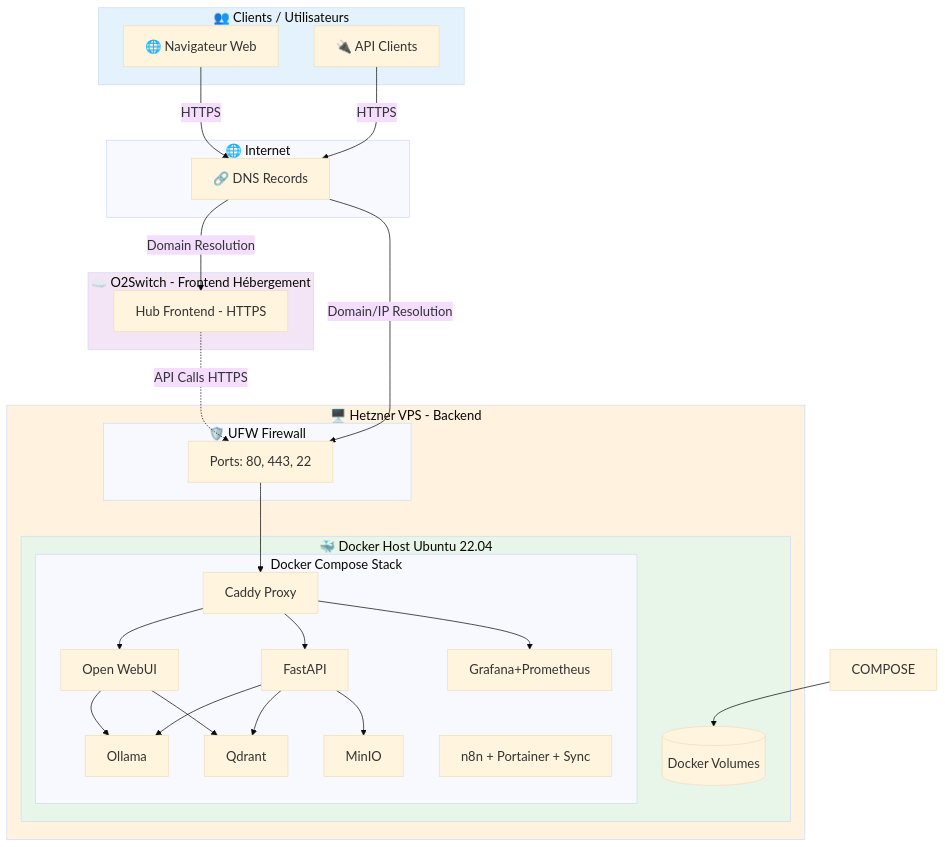
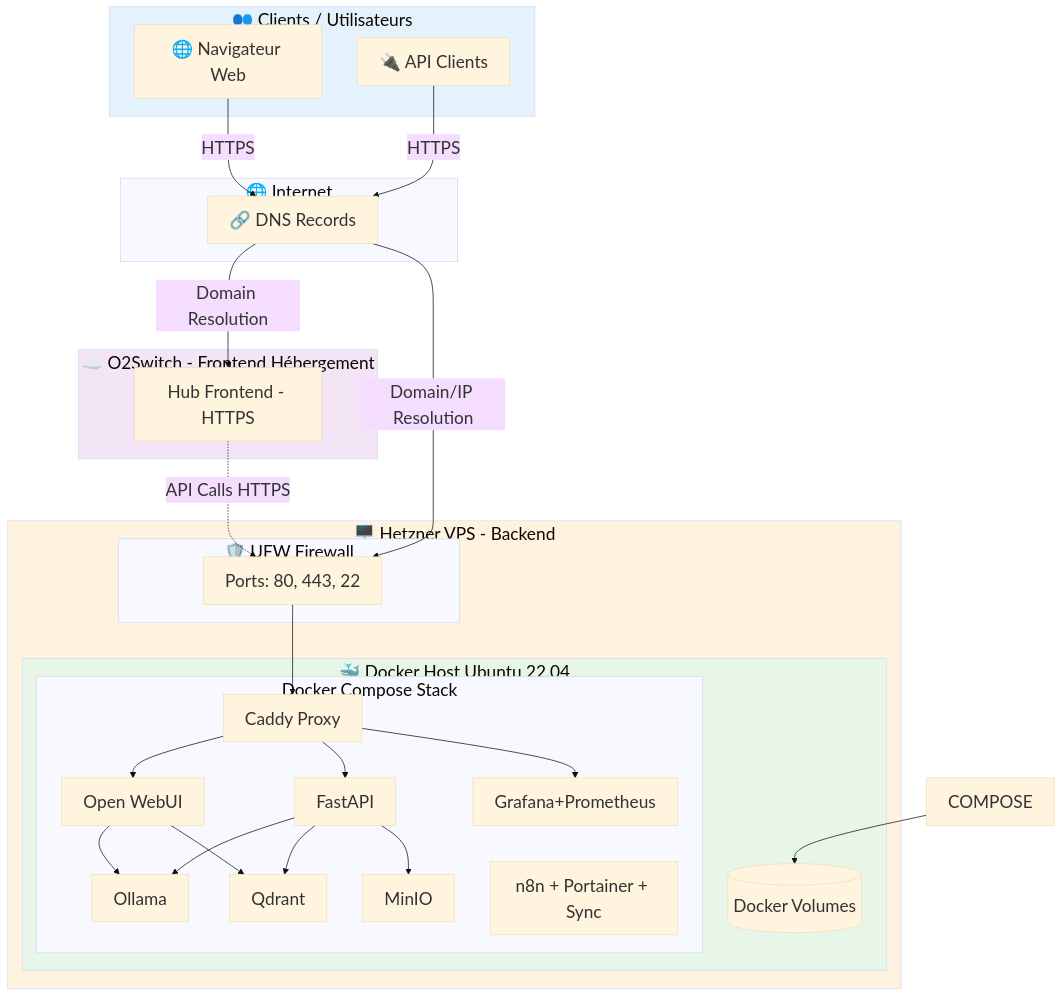
One commit to stepstev/oceanphenix-IA-souveraine-v10_2026_DOCS changed the fifth of 6 diagrams in README.md. Above: the diagram before and after it, drawn with Mermaid. The commit also changed other lines of this file, not shown here.

Commit message:
style: Increase font size to 24px in Mermaid diagrams for better readability

````diff
--- a/README.md
+++ b/README.md
@@ -568,62 +568,62 @@
 ```mermaid
-%%{init: {'theme':'base', 'themeVariables': {'fontSize':'18px', 'fontFamily':'Arial'}}}%%
+%%{init: {'theme':'base', 'themeVariables': {'fontSize':'24px', 'fontFamily':'Arial, sans-serif'}}}%%
 graph TB
     subgraph Client["👥 Clients / Utilisateurs"]
         BROWSER[🌐 Navigateur Web]
         API_CLIENT[🔌 API Clients]
     end
 
     subgraph O2Switch["☁️ O2Switch - Frontend Hébergement"]
         STATIC["Hub Frontend - HTTPS"]
     end
 
     subgraph Internet["🌐 Internet"]
         DNS[🔗 DNS Records]
     end
 
     subgraph Hetzner["🖥️ Hetzner VPS - Backend"]
         subgraph Firewall["🛡️ UFW Firewall"]
             FW_RULES["Ports: 80, 443, 22"]
         end
         
         subgraph Docker["🐳 Docker Host Ubuntu 22.04"]
             subgraph Compose["Docker Compose Stack"]
                 PROXY[Caddy Proxy]
                 WEB[Open WebUI]
                 API[FastAPI]
                 LLM[Ollama]
                 VDB[Qdrant]
                 S3[MinIO]
                 MON[Grafana+Prometheus]
                 AUTO_SERVICES["n8n + Portainer + Sync"]
             end
             
             VOLUMES[("Docker Volumes")]
         end
     end
 
     BROWSER -->|HTTPS| DNS
     API_CLIENT -->|HTTPS| DNS
     DNS -->|Domain Resolution| STATIC
     DNS -->|Domain/IP Resolution| FW_RULES
     
     STATIC -.->|API Calls HTTPS| FW_RULES
     
     FW_RULES --> PROXY
     PROXY --> WEB
     PROXY --> API
     PROXY --> MON
     
     API --> LLM
     API --> VDB
     API --> S3
     WEB --> LLM
     WEB --> VDB
     
     COMPOSE --> VOLUMES
     
     style Client fill:#e3f2fd
     style O2Switch fill:#f3e5f5
     style Hetzner fill:#fff3e0
     style Docker fill:#e8f5e9
 ```
````
